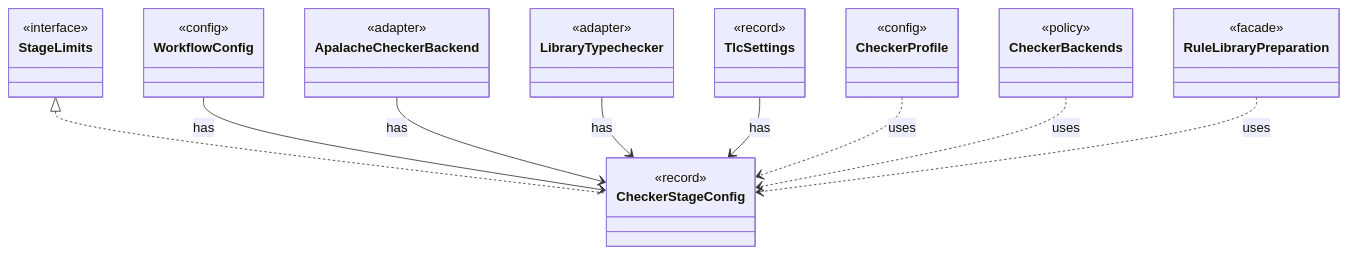
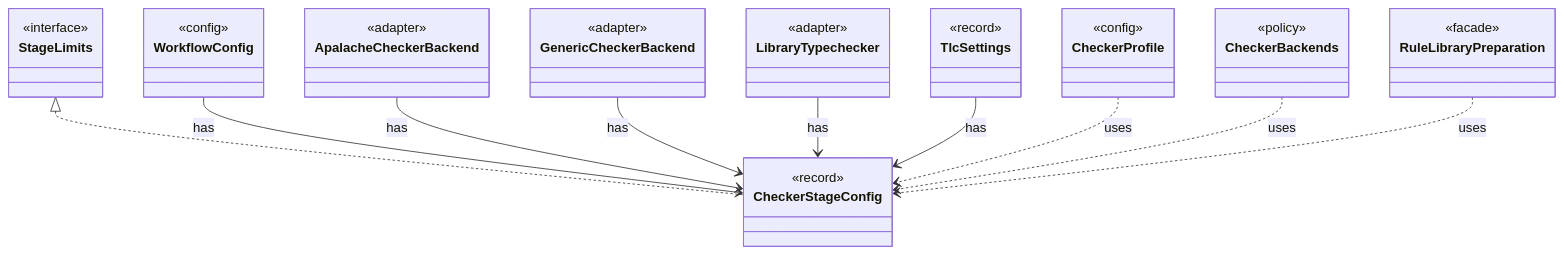
One commit to tlaplus/model-checker-hardening changed the diagram in dev/types/io.github.tlaplus.hardening.config.CheckerStageConfig.md. Above: the diagram before and after it, drawn with Mermaid. The commit also changed other lines of this file and 422 other files, not shown here.

````diff
--- a/dev/types/io.github.tlaplus.hardening.config.CheckerStageConfig.md
+++ b/dev/types/io.github.tlaplus.hardening.config.CheckerStageConfig.md
@@ -7,38 +7,42 @@
 ```mermaid
 classDiagram
   class CheckerStageConfig {
     <<record>>
   }
   class StageLimits {
     <<interface>>
   }
   class WorkflowConfig {
     <<config>>
   }
   class ApalacheCheckerBackend {
+    <<adapter>>
+  }
+  class GenericCheckerBackend {
     <<adapter>>
   }
   class LibraryTypechecker {
     <<adapter>>
   }
   class TlcSettings {
     <<record>>
   }
   class CheckerProfile {
     <<config>>
   }
   class CheckerBackends {
     <<policy>>
   }
   class RuleLibraryPreparation {
     <<facade>>
   }
   StageLimits <|.. CheckerStageConfig
   WorkflowConfig --> CheckerStageConfig : has
   ApalacheCheckerBackend --> CheckerStageConfig : has
+  GenericCheckerBackend --> CheckerStageConfig : has
   LibraryTypechecker --> CheckerStageConfig : has
   TlcSettings --> CheckerStageConfig : has
   CheckerProfile ..> CheckerStageConfig : uses
   CheckerBackends ..> CheckerStageConfig : uses
   RuleLibraryPreparation ..> CheckerStageConfig : uses
 ```
````
